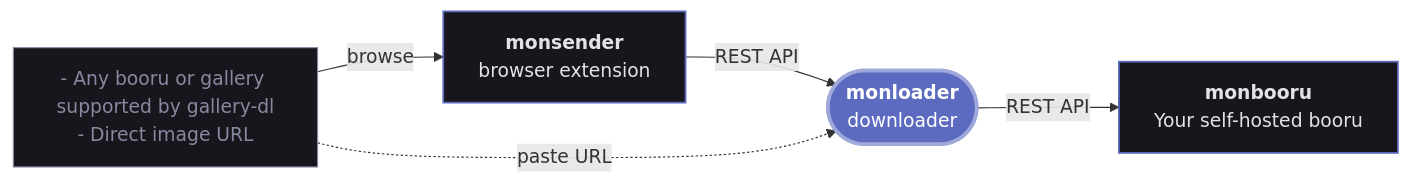
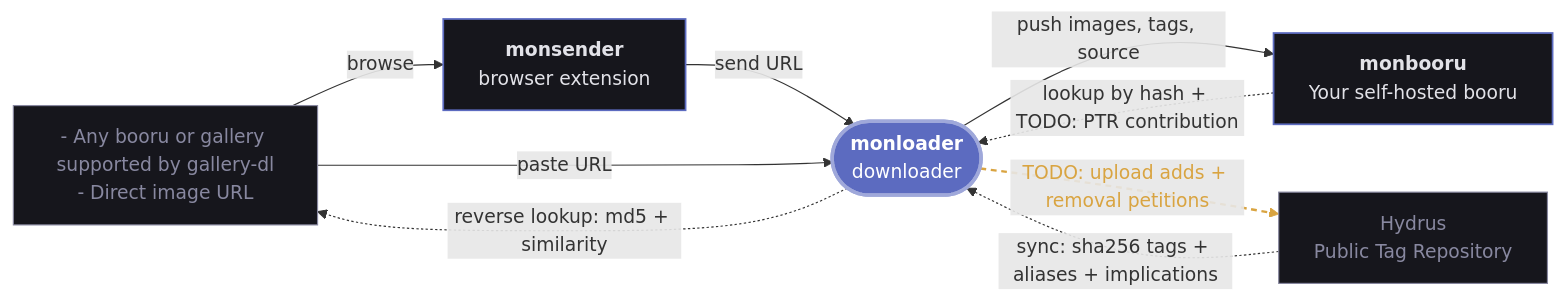
The diagram in README.md (monbooru/monloader), drawn with Mermaid before and after one commit. The commit also changed other lines of this file and 85 other files, not shown here.

````diff
--- a/README.md
+++ b/README.md
@@ -29,20 +33,29 @@
 ```mermaid
 flowchart LR
     web["- Any booru or gallery supported by gallery-dl<br/>- Direct image URL"]
+    ptr["Hydrus<br/>Public Tag Repository"]
     sender["<b>monsender</b><br/>browser extension"]
     loader(["<b>monloader</b><br/>downloader"])
     booru["<b>monbooru</b><br/>Your self-hosted booru"]
 
     web -->|browse| sender
-    sender -->|REST API| loader
-    web -.->|paste URL| loader
-    loader -->|REST API| booru
+    sender -->|send URL| loader
+    web -->|paste URL| loader
+    loader -->|push images, tags, source| booru
+
+    booru -.->|lookup by hash + TODO: PTR contribution| loader
+    loader -.->|reverse lookup: md5 + similarity| web
+    ptr -.->|sync: sha256 tags + aliases + implications| loader
+
+    loader -.->|TODO: upload adds + removal petitions| ptr
+
+    linkStyle 7 stroke:#d9a441,color:#d9a441,stroke-width:2px,stroke-dasharray:5 4;
 
     classDef hub  fill:#5c6bc0,stroke:#9fa8da,stroke-width:3px,color:#ffffff;
     classDef tool fill:#16161c,stroke:#5c6bc0,stroke-width:1.5px,color:#e2e2e8;
     classDef src  fill:#16161c,stroke:#8888a0,stroke-width:1px,color:#8888a0;
 
     class loader hub;
     class sender,booru tool;
-    class web src;
+    class web,ptr src;
 ```
````
